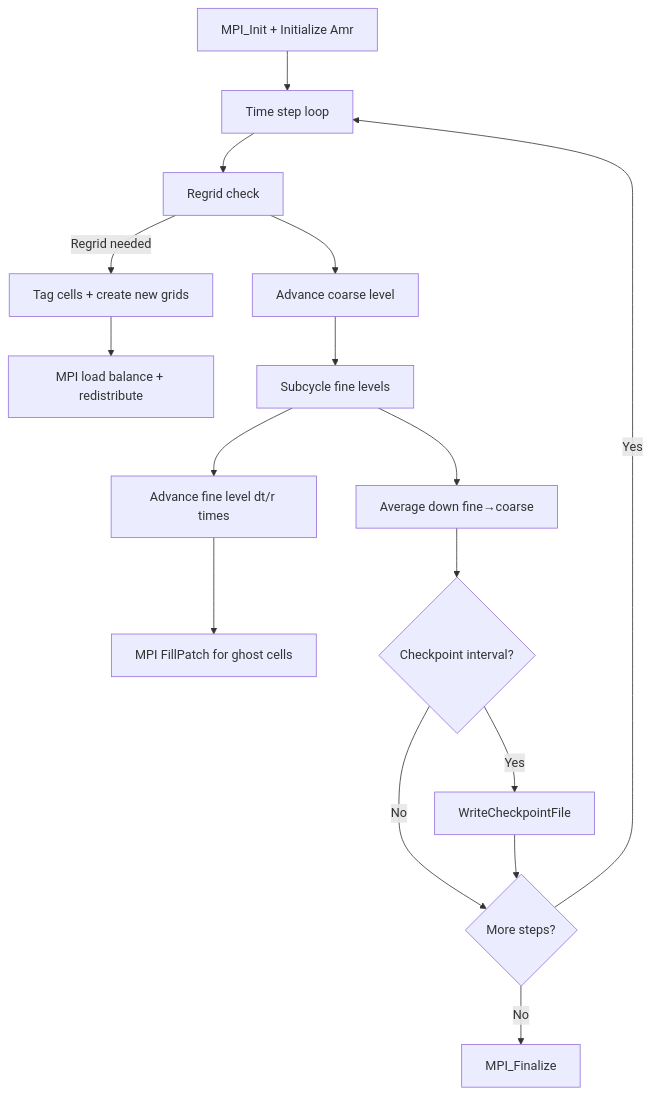
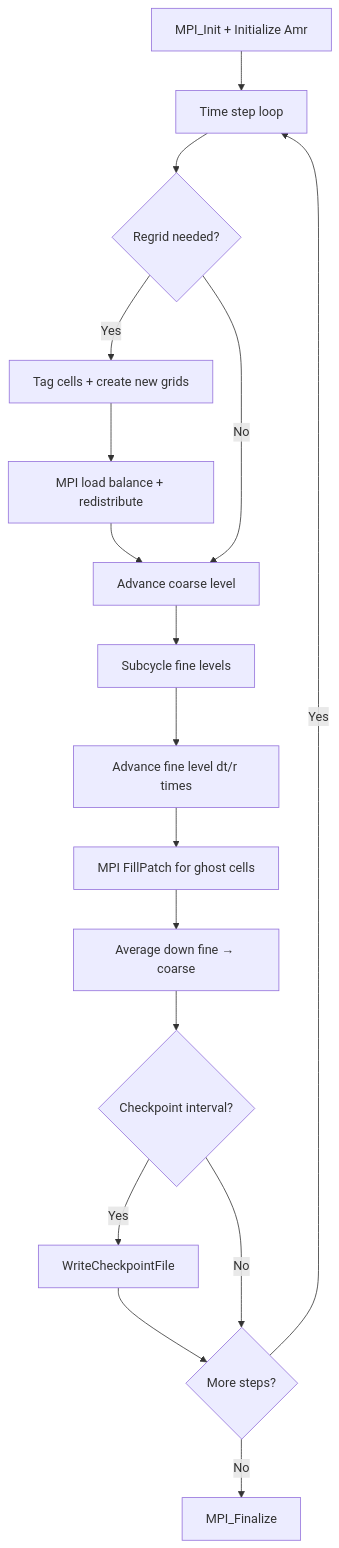
Before and after one commit to ngduchai/guard-agent: the diagram in tests/apps/docs/AMReX/computation_flow.md, drawn with Mermaid. The commit also changed other lines of this file and 19 other files, not shown here.

First line of the commit message:
docs: fix all computation flow diagrams and add output comparison guide

````diff
--- a/tests/apps/docs/AMReX/computation_flow.md
+++ b/tests/apps/docs/AMReX/computation_flow.md
@@ -7,18 +8,19 @@
 ```mermaid
 flowchart TD
     A[MPI_Init + Initialize Amr] --> B[Time step loop]
-    B --> C[Regrid check]
-    C -->|Regrid needed| D[Tag cells + create new grids]
+    B --> C{Regrid needed?}
+    C -->|Yes| D[Tag cells + create new grids]
     D --> D1[MPI load balance + redistribute]
-    C --> E[Advance coarse level]
+    D1 --> E[Advance coarse level]
+    C -->|No| E
     E --> F[Subcycle fine levels]
-    F --> F1[Advance fine level dt/r times]
-    F1 --> F2[MPI FillPatch for ghost cells]
-    F --> G[Average down fine→coarse]
+    F --> F1["Advance fine level dt/r times"]
+    F1 --> F2["MPI FillPatch for ghost cells"]
+    F2 --> G[Average down fine → coarse]
     G --> H{Checkpoint interval?}
     H -->|Yes| I[WriteCheckpointFile]
-    H -->|No| J{More steps?}
-    I --> J
+    I --> J{More steps?}
+    H -->|No| J
     J -->|Yes| B
     J -->|No| K[MPI_Finalize]
 ```
````
